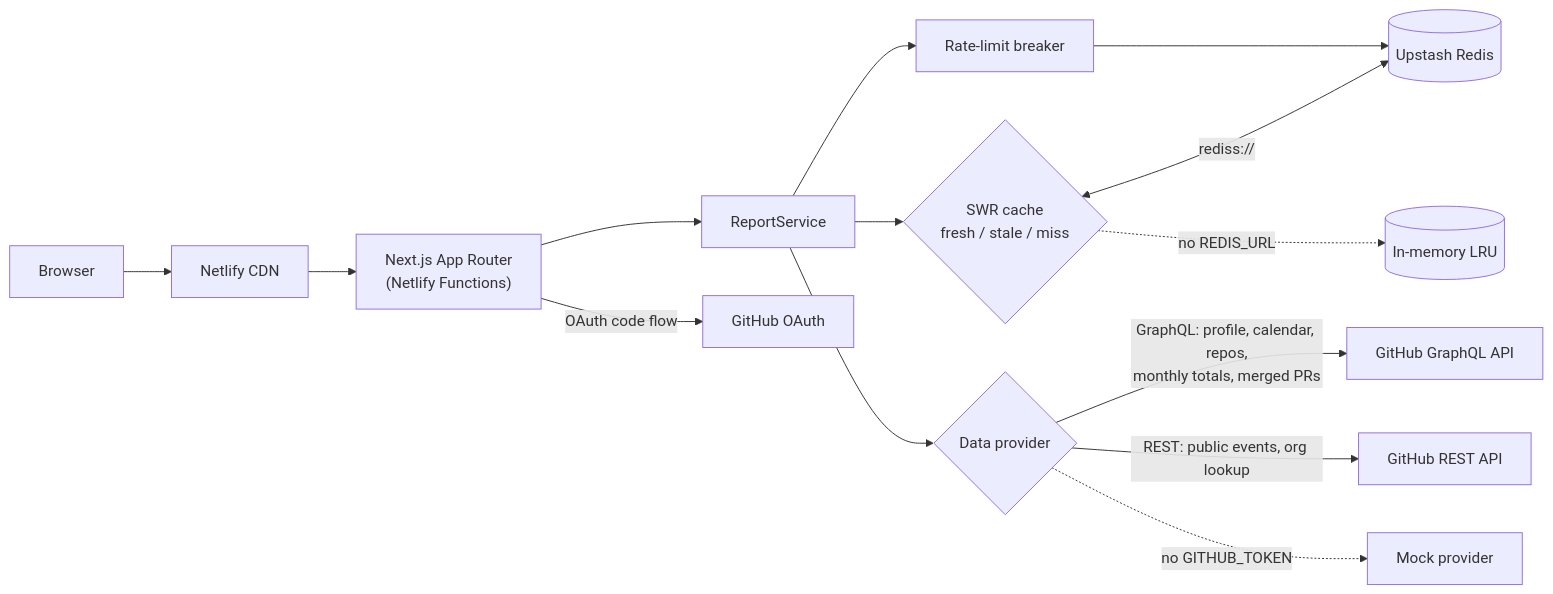
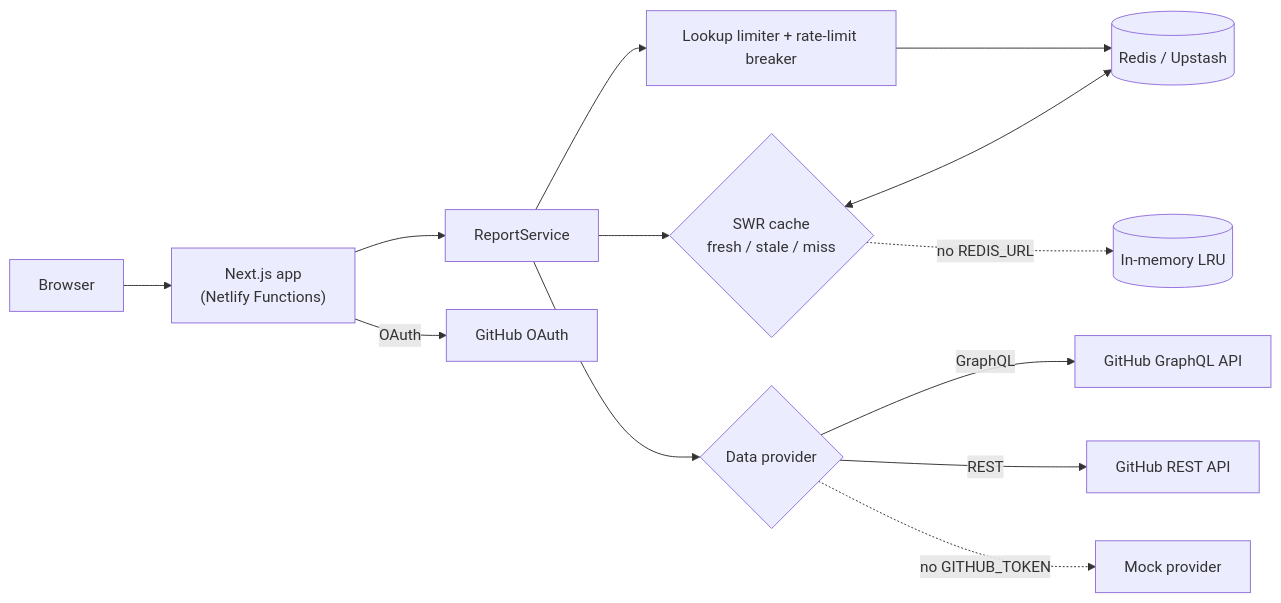
Before and after one commit to Isaacpyo/DevDash: the diagram in README.md, drawn with Mermaid. The commit also changed other lines of this file and 2 other files, not shown here.

````diff
--- a/README.md
+++ b/README.md
@@ -31,16 +54,15 @@
 ```mermaid
 flowchart LR
-  B[Browser] --> N[Netlify CDN]
-  N --> F["Next.js App Router<br/>(Netlify Functions)"]
+  B[Browser] --> F["Next.js app<br/>(Netlify Functions)"]
   F --> S[ReportService]
   S --> C{"SWR cache<br/>fresh / stale / miss"}
-  C <-->|rediss://| R[(Upstash Redis)]
+  C <--> R[(Redis / Upstash)]
   C -. no REDIS_URL .-> MEM[(In-memory LRU)]
-  S --> BR[Rate-limit breaker]
-  BR --> R
+  S --> L[Lookup limiter + rate-limit breaker]
+  L --> R
   S --> P{Data provider}
-  P -->|"GraphQL: profile, calendar, repos,<br/>monthly totals, merged PRs"| GQL[GitHub GraphQL API]
-  P -->|"REST: public events, org lookup"| REST[GitHub REST API]
+  P -->|GraphQL| GQL[GitHub GraphQL API]
+  P -->|REST| REST[GitHub REST API]
   P -. no GITHUB_TOKEN .-> M[Mock provider]
-  F -->|OAuth code flow| GH[GitHub OAuth]
+  F -->|OAuth| GH[GitHub OAuth]
 ```
````
